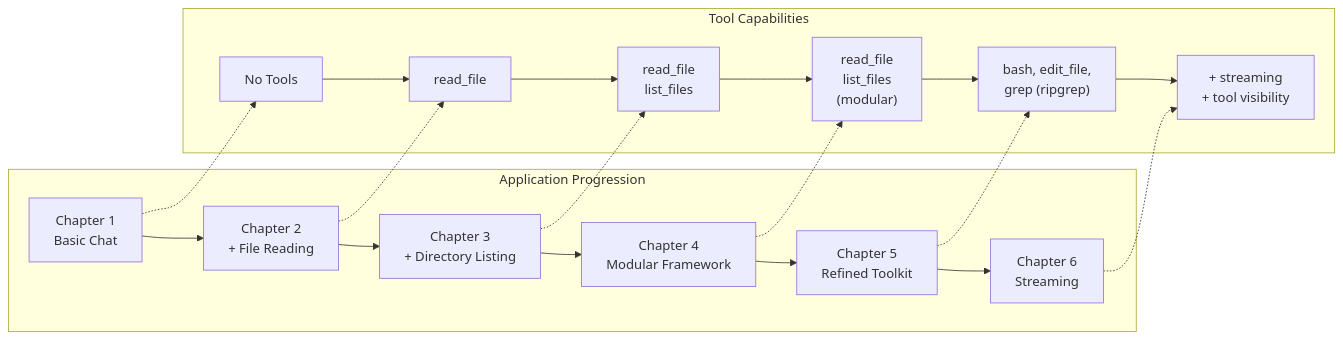
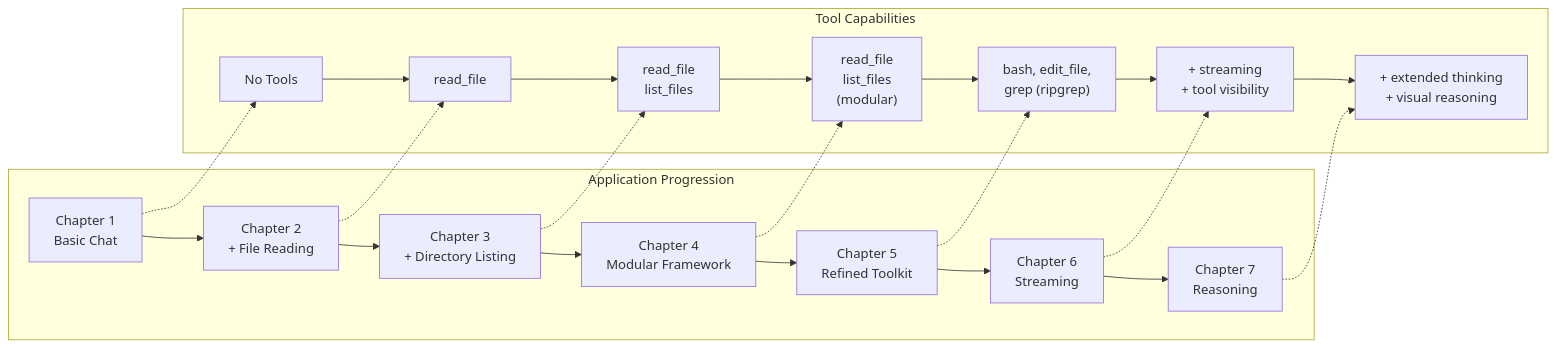
One commit to maddygoround/build-your-own-code-agent changed the first of 2 diagrams in README.md. Above: the diagram before and after it, drawn with Mermaid. The commit also changed other lines of this file and 24 other files, not shown here.

First line of the commit message:
Add Chapter 7 with Extended Thinking and reasoning visualization

````diff
--- a/README.md
+++ b/README.md
@@ -26,25 +27,28 @@
 ```mermaid
 graph LR
     subgraph "Application Progression"
         A["Chapter 1<br/>Basic Chat"] --> B["Chapter 2<br/>+ File Reading"]
         B --> C["Chapter 3<br/>+ Directory Listing"]
         C --> D["Chapter 4<br/>Modular Framework"]
         D --> E["Chapter 5<br/>Refined Toolkit"]
         E --> F["Chapter 6<br/>Streaming"]
+        F --> G["Chapter 7<br/>Reasoning"]
     end
 
     subgraph "Tool Capabilities"
-        G["No Tools"] --> H["read_file"]
-        H --> I["read_file<br/>list_files"]
-        I --> J["read_file<br/>list_files<br/>(modular)"]
-        J --> K["bash, edit_file,<br/>grep (ripgrep)"]
-        K --> L["+ streaming<br/>+ tool visibility"]
+        H["No Tools"] --> I["read_file"]
+        I --> J["read_file<br/>list_files"]
+        J --> K["read_file<br/>list_files<br/>(modular)"]
+        K --> L["bash, edit_file,<br/>grep (ripgrep)"]
+        L --> M["+ streaming<br/>+ tool visibility"]
+        M --> N["+ extended thinking<br/>+ visual reasoning"]
     end
 
-    A -.-> G
-    B -.-> H
-    C -.-> I
-    D -.-> J
-    E -.-> K
-    F -.-> L
+    A -.-> H
+    B -.-> I
+    C -.-> J
+    D -.-> K
+    E -.-> L
+    F -.-> M
+    G -.-> N
 ```
````
